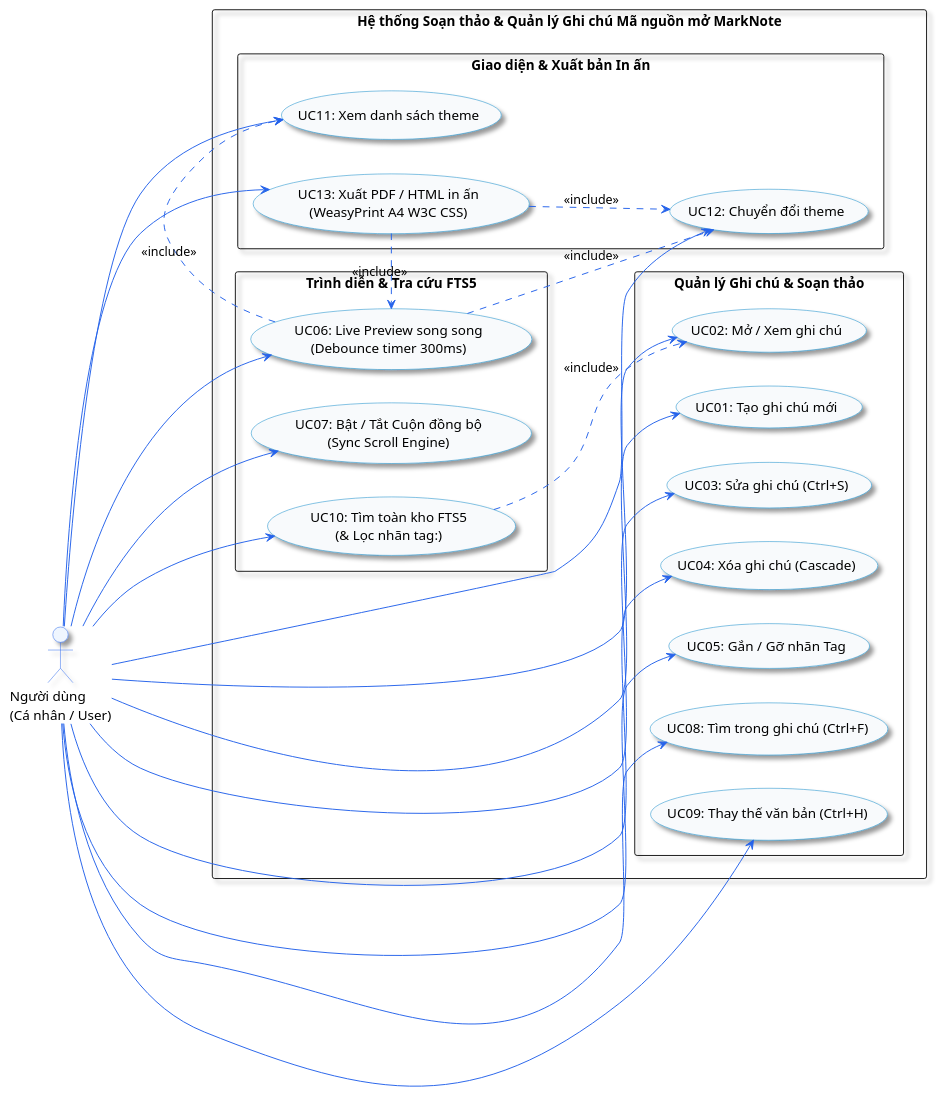
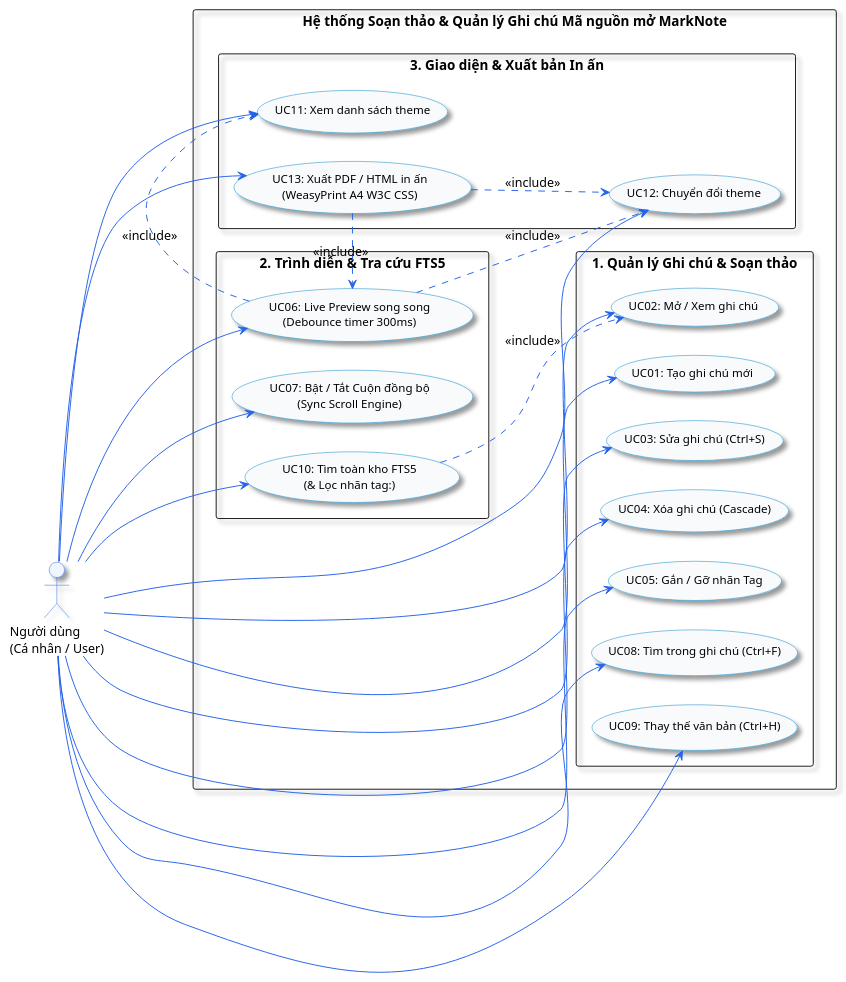
Before and after one commit to dotlinux26/marknote: the diagram in docs/diagrams/usecase.puml, drawn with PlantUML. The commit also changed 27 other files, not shown here.

Commit message:
fix(diagrams): remove deprecated skinparam and resolve label collisions in ERD

```diff
--- a/docs/diagrams/usecase.puml
+++ b/docs/diagrams/usecase.puml
@@ -1,65 +1,68 @@
 @startuml
 skinparam defaultFontName "Segoe UI"
-skinparam handwritten false
 skinparam packageStyle rectangle
 skinparam shadowing true
+skinparam ranksep 35
+skinparam nodesep 30
 
 skinparam actor {
   BackgroundColor #EFF6FF
   BorderColor #2563EB
+  FontSize 13
 }
 skinparam usecase {
   BackgroundColor #F8FAFC
   BorderColor #0284C7
   ArrowColor #2563EB
+  FontSize 12
 }
 
 left to right direction
 
 actor "Người dùng\n(Cá nhân / User)" as User
 
 rectangle "Hệ thống Soạn thảo & Quản lý Ghi chú Mã nguồn mở MarkNote" {
-  package "Quản lý Ghi chú & Soạn thảo" {
+  package "1. Quản lý Ghi chú & Soạn thảo" {
     usecase "UC01: Tạo ghi chú mới" as UC01
     usecase "UC02: Mở / Xem ghi chú" as UC02
     usecase "UC03: Sửa ghi chú (Ctrl+S)" as UC03
     usecase "UC04: Xóa ghi chú (Cascade)" as UC04
     usecase "UC05: Gắn / Gỡ nhãn Tag" as UC05
     usecase "UC08: Tìm trong ghi chú (Ctrl+F)" as UC08
     usecase "UC09: Thay thế văn bản (Ctrl+H)" as UC09
   }
 
-  package "Trình diễn & Tra cứu FTS5" {
+  package "2. Trình diễn & Tra cứu FTS5" {
     usecase "UC06: Live Preview song song\n(Debounce timer 300ms)" as UC06
     usecase "UC07: Bật / Tắt Cuộn đồng bộ\n(Sync Scroll Engine)" as UC07
     usecase "UC10: Tìm toàn kho FTS5\n(& Lọc nhãn tag:)" as UC10
   }
 
-  package "Giao diện & Xuất bản In ấn" {
+  package "3. Giao diện & Xuất bản In ấn" {
     usecase "UC11: Xem danh sách theme" as UC11
     usecase "UC12: Chuyển đổi theme" as UC12
     usecase "UC13: Xuất PDF / HTML in ấn\n(WeasyPrint A4 W3C CSS)" as UC13
   }
 }
 
 User --> UC01
 User --> UC02
 User --> UC03
 User --> UC04
 User --> UC05
 User --> UC06
 User --> UC07
 User --> UC08
 User --> UC09
 User --> UC10
 User --> UC11
 User --> UC12
 User --> UC13
 
 UC06 ..> UC12 : <<include>>
 UC06 ..> UC11 : <<include>>
 UC10 ..> UC02 : <<include>>
 UC13 ..> UC06 : <<include>>
 UC13 ..> UC12 : <<include>>
 
 @enduml
```
